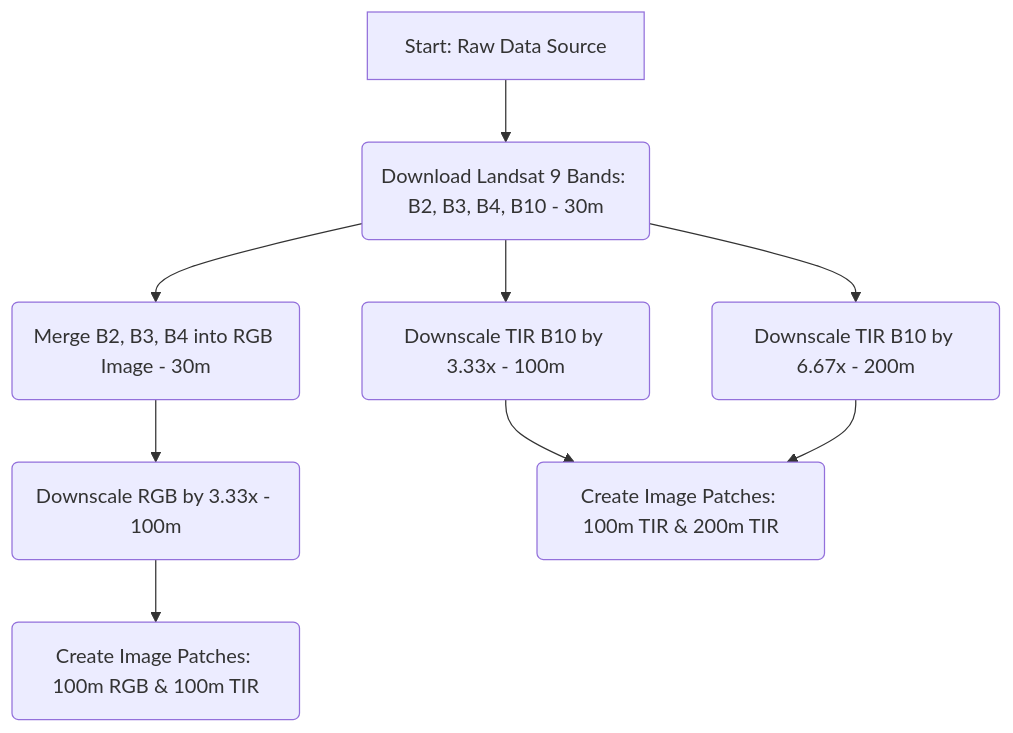
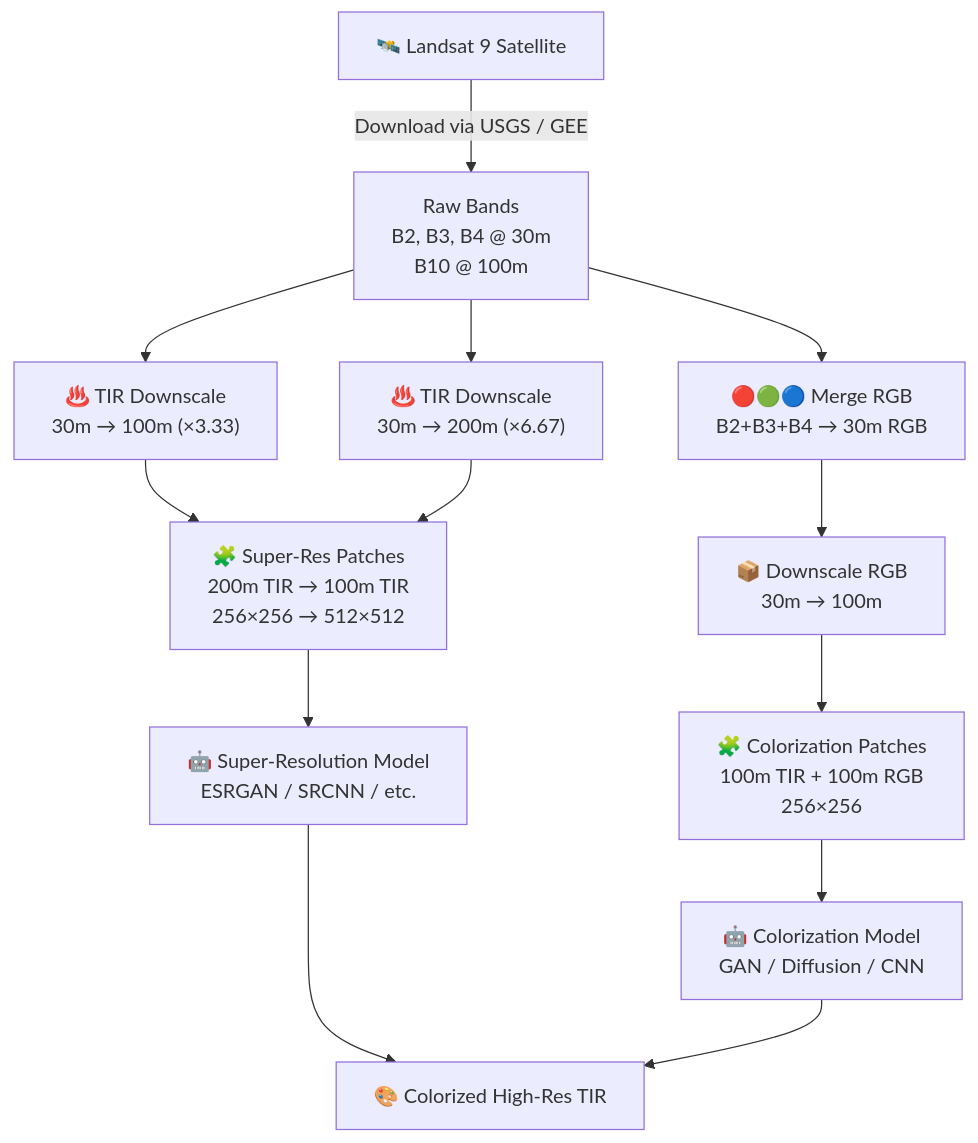
One commit to saiteja00743/IR-colorization-BAH2026 changed the diagram in README.md. Above: the diagram before and after it, drawn with Mermaid. The commit also changed other lines of this file, not shown here.

Commit message:
docs: revamp README with dynamic badges, Mermaid diagram, sample results and full pipeline docs

````diff
--- a/README.md
+++ b/README.md
@@ -92,14 +69,20 @@
 ```mermaid
 graph TD
-    A[Start: Raw Data Source] --> B(Download Landsat 9 Bands: B2, B3, B4, B10 - 30m)
-    
-    B --> C1(Merge B2, B3, B4 into RGB Image - 30m)
-    B --> C2(Downscale TIR B10 by 3.33x - 100m)
-    B --> C3(Downscale TIR B10 by 6.67x - 200m)
-    
-    C1 --> D(Downscale RGB by 3.33x - 100m)
-    
-    D --> E1(Create Image Patches: 100m RGB & 100m TIR)
-    C2 --> E2(Create Image Patches: 100m TIR & 200m TIR)
+    A["🛰️ Landsat 9 Satellite"] -->|"Download via USGS / GEE"| B["Raw Bands<br/>B2, B3, B4 @ 30m<br/>B10 @ 100m"]
+
+    B --> C1["🔴🟢🔵 Merge RGB<br/>B2+B3+B4 → 30m RGB"]
+    B --> C2["♨️ TIR Downscale<br/>30m → 100m (×3.33)"]
+    B --> C3["♨️ TIR Downscale<br/>30m → 200m (×6.67)"]
+
+    C1 --> D["📦 Downscale RGB<br/>30m → 100m"]
+
+    D --> E1["🧩 Colorization Patches<br/>100m TIR + 100m RGB<br/>256×256"]
+    C2 --> E2["🧩 Super-Res Patches<br/>200m TIR → 100m TIR<br/>256×256 → 512×512"]
     C3 --> E2
+
+    E1 --> F1["🤖 Colorization Model<br/>GAN / Diffusion / CNN"]
+    E2 --> F2["🤖 Super-Resolution Model<br/>ESRGAN / SRCNN / etc."]
+
+    F2 --> G["🎨 Colorized High-Res TIR"]
+    F1 --> G
 ```
````
